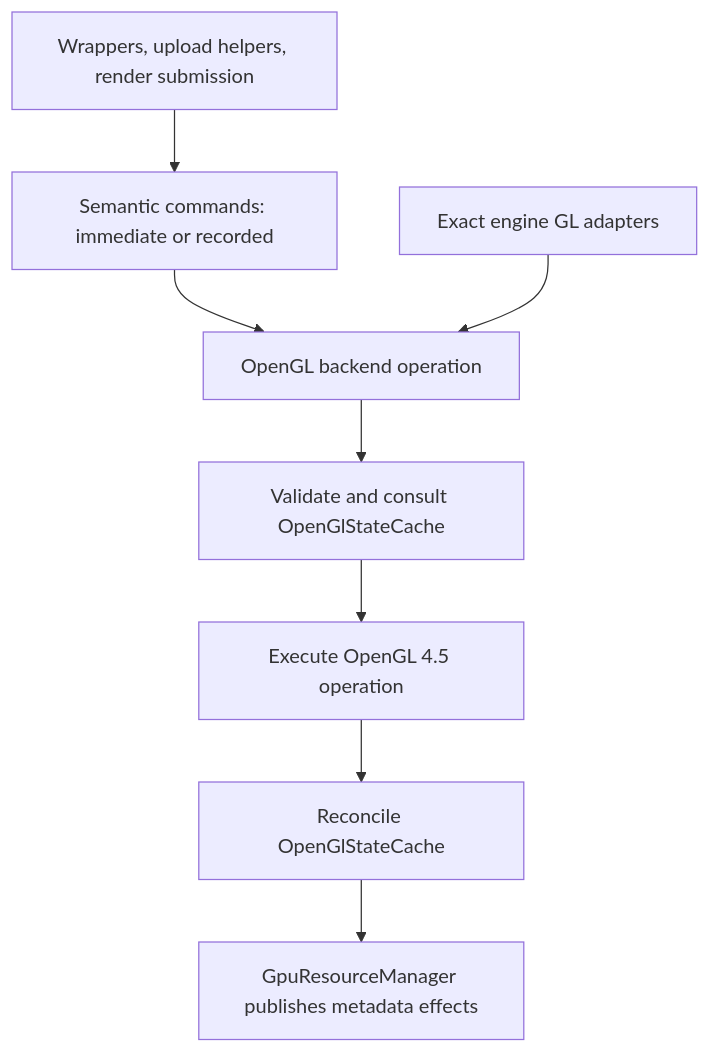
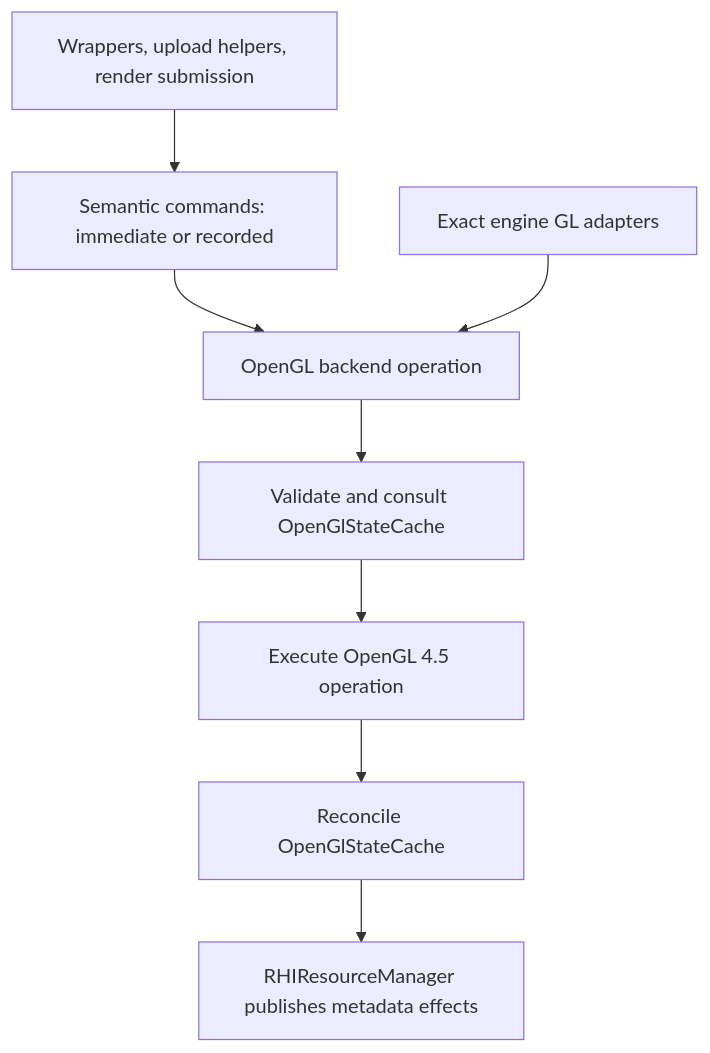
The diagram in docs/Rendering.GpuCommands.Proposal.md (dsisco11/VanillaGraphicsExpanded), drawn with Mermaid before and after one commit. The commit also changed other lines of this file and 404 other files, not shown here.

````diff
--- a/docs/Rendering.GpuCommands.Proposal.md
+++ b/docs/Rendering.GpuCommands.Proposal.md
@@ -23,10 +28,10 @@
 ```mermaid
 flowchart TD
     W[Wrappers, upload helpers, render submission] --> C[Semantic commands: immediate or recorded]
     C --> B[OpenGL backend operation]
     B --> P[Validate and consult OpenGlStateCache]
     P --> N[Execute OpenGL 4.5 operation]
     N --> R[Reconcile OpenGlStateCache]
-    R --> M[GpuResourceManager publishes metadata effects]
+    R --> M[RHIResourceManager publishes metadata effects]
     E[Exact engine GL adapters] --> B
 ```
````
